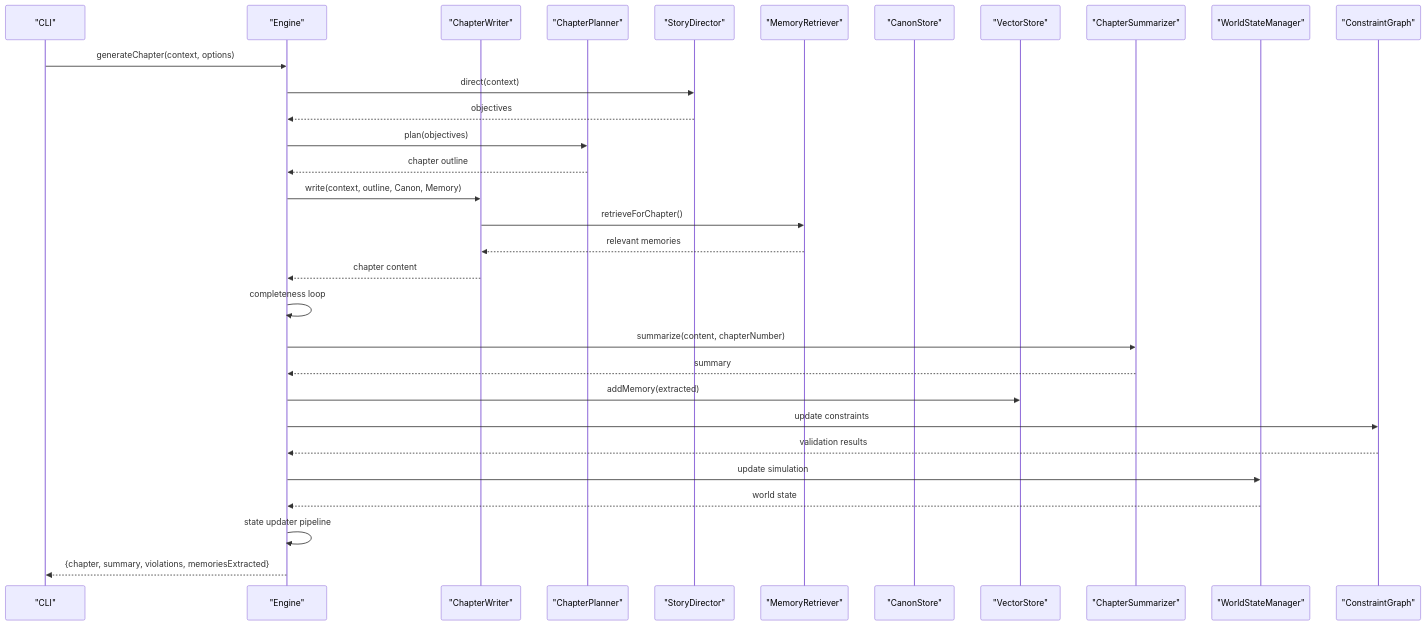
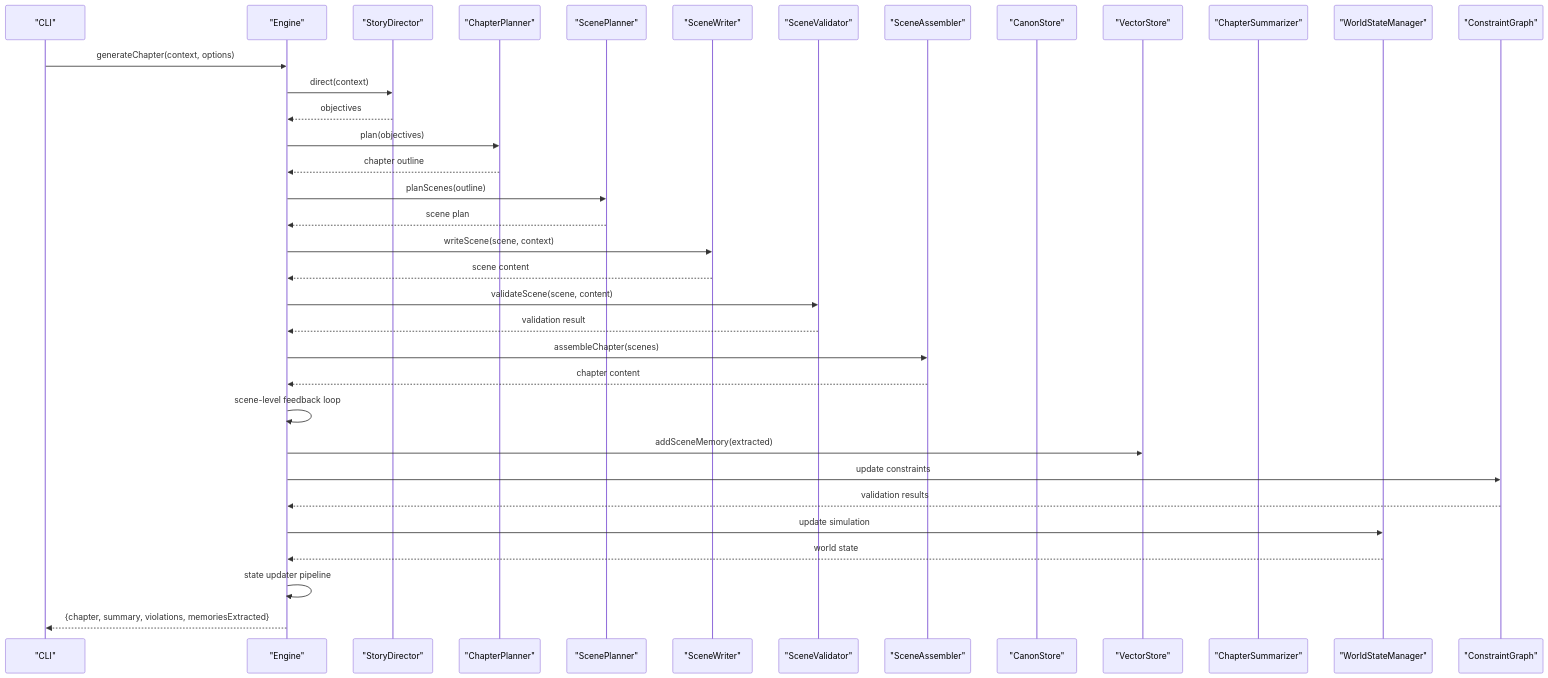
Before and after one commit to liwonder/NARRITIVE_OS: the second of 13 diagrams in .qoder/repowiki/en/content/Progress Documentation.md, drawn with Mermaid. The commit also changed other lines of this file and 7 other files, not shown here.

````diff
--- a/.qoder/repowiki/en/content/Progress Documentation.md
+++ b/.qoder/repowiki/en/content/Progress Documentation.md
@@ -104,33 +116,37 @@
 ```mermaid
 sequenceDiagram
 participant CLI as "CLI"
 participant Engine as "Engine"
-participant Writer as "ChapterWriter"
+participant Director as "StoryDirector"
 participant Planner as "ChapterPlanner"
-participant Director as "StoryDirector"
-participant Memory as "MemoryRetriever"
+participant ScenePlanner as "ScenePlanner"
+participant SceneWriter as "SceneWriter"
+participant SceneValidator as "SceneValidator"
+participant SceneAssembler as "SceneAssembler"
 participant Canon as "CanonStore"
 participant Vector as "VectorStore"
 participant Summarizer as "ChapterSummarizer"
 participant World as "WorldStateManager"
 participant Graph as "ConstraintGraph"
 CLI->>Engine : generateChapter(context, options)
 Engine->>Director : direct(context)
 Director-->>Engine : objectives
 Engine->>Planner : plan(objectives)
 Planner-->>Engine : chapter outline
-Engine->>Writer : write(context, outline, Canon, Memory)
-Writer->>Memory : retrieveForChapter()
-Memory-->>Writer : relevant memories
-Writer-->>Engine : chapter content
-Engine->>Engine : completeness loop
-Engine->>Summarizer : summarize(content, chapterNumber)
-Summarizer-->>Engine : summary
-Engine->>Vector : addMemory(extracted)
+Engine->>ScenePlanner : planScenes(outline)
+ScenePlanner-->>Engine : scene plan
+Engine->>SceneWriter : writeScene(scene, context)
+SceneWriter-->>Engine : scene content
+Engine->>SceneValidator : validateScene(scene, content)
+SceneValidator-->>Engine : validation result
+Engine->>SceneAssembler : assembleChapter(scenes)
+SceneAssembler-->>Engine : chapter content
+Engine->>Engine : scene-level feedback loop
+Engine->>Vector : addSceneMemory(extracted)
 Engine->>Graph : update constraints
 Graph-->>Engine : validation results
 Engine->>World : update simulation
 World-->>Engine : world state
 Engine->>Engine : state updater pipeline
 Engine-->>CLI : {chapter, summary, violations, memoriesExtracted}
 ```
````
